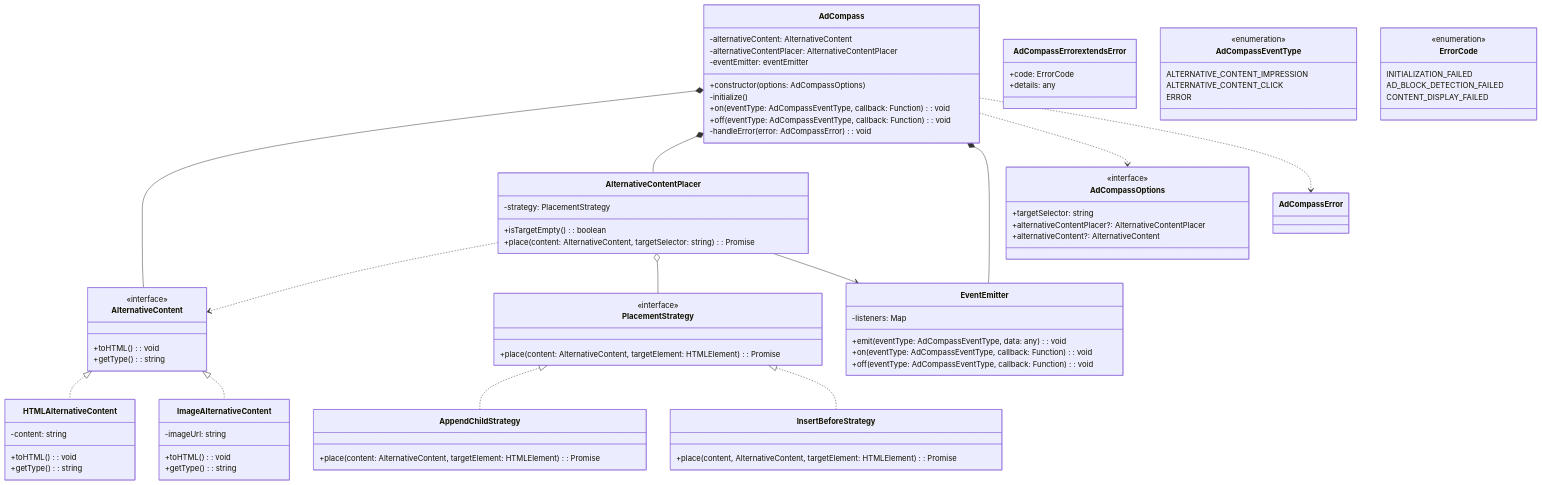
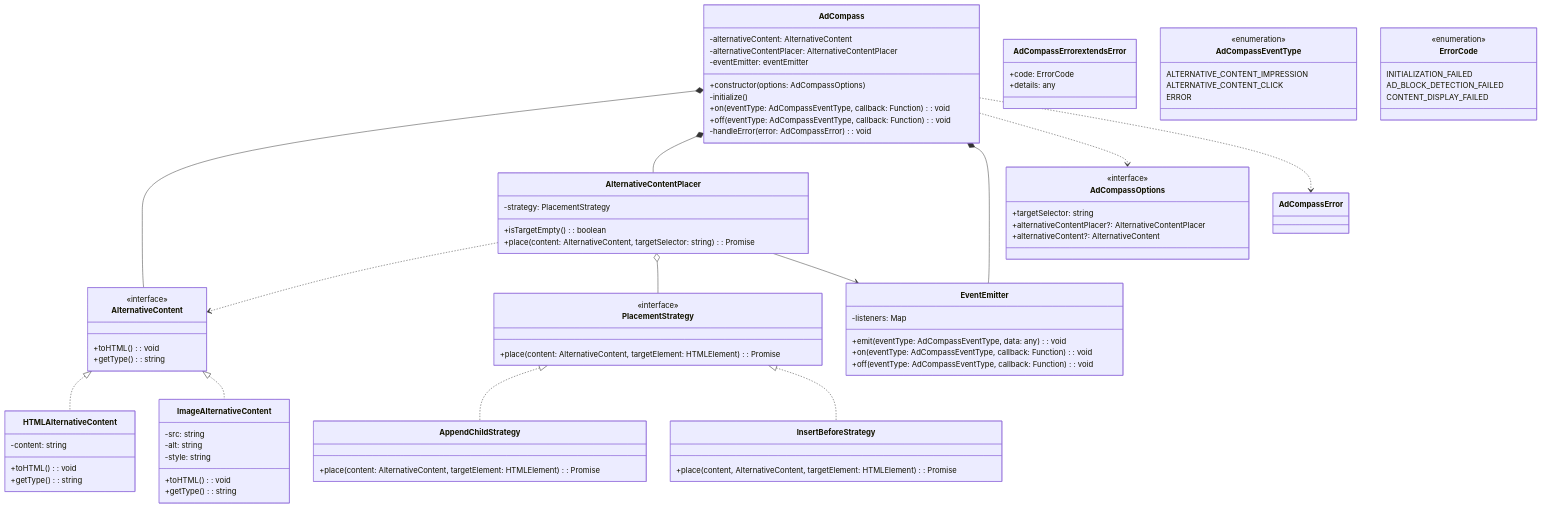
One commit to hogekai/ad-compass changed the diagram in docs/architecture/class-diagram.md. Above: the diagram before and after it, drawn with Mermaid. The commit also changed 1 other file, not shown here.

Commit message:
Add test image alternative content rendering

```diff
--- a/docs/architecture/class-diagram.md
+++ b/docs/architecture/class-diagram.md
@@ -34,7 +34,9 @@
     }
 
     class ImageAlternativeContent {
-        -imageUrl: string
+        -src: string
+        -alt: string
+        -style: string
         +toHTML(): void
         +getType(): string
     }
```
